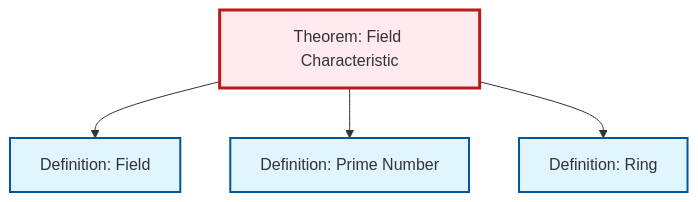
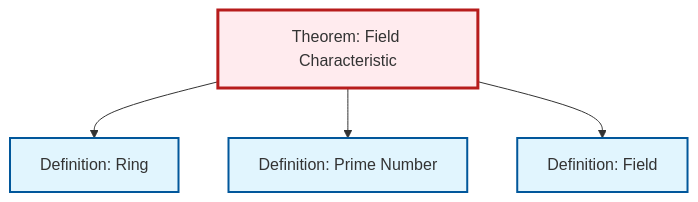
One commit to RK0429/ModernMath changed the diagram in content/ja/algebra/thm-field-characteristic.qmd. Above: the diagram before and after it, drawn with Mermaid. The commit also changed other lines of this file and 634 other files, not shown here.

First line of the commit message:
feat: Add prime ideal definition with comprehensive cross-references

````diff
--- a/content/ja/algebra/thm-field-characteristic.qmd
+++ b/content/ja/algebra/thm-field-characteristic.qmd
@@ -54,20 +54,20 @@
 ```{mermaid}
 %%| fig-cap: "Local dependency graph"
 graph TD
     classDef definition fill:#e1f5fe,stroke:#01579b,stroke-width:2px
     classDef theorem fill:#f3e5f5,stroke:#4a148c,stroke-width:2px
     classDef axiom fill:#fff3e0,stroke:#e65100,stroke-width:2px
     classDef example fill:#e8f5e9,stroke:#1b5e20,stroke-width:2px
     classDef current fill:#ffebee,stroke:#b71c1c,stroke-width:3px
+    def-ring["Definition: Ring"]:::definition
     def-field["Definition: Field"]:::definition
-    def-ring["Definition: Ring"]:::definition
+    thm-field-characteristic["Theorem: Field Characteristic"]:::theorem
     def-prime["Definition: Prime Number"]:::definition
-    thm-field-characteristic["Theorem: Field Characteristic"]:::theorem
+    thm-field-characteristic --> def-ring
+    thm-field-characteristic --> def-prime
     thm-field-characteristic --> def-field
-    thm-field-characteristic --> def-prime
-    thm-field-characteristic --> def-ring
     class thm-field-characteristic current
+    click def-ring "def-ring.html" "Definition: Ringへ"
     click def-field "def-field.html" "Definition: Fieldへ"
-    click def-ring "def-ring.html" "Definition: Ringへ"
     click def-prime "def-prime.html" "Definition: Prime Numberへ"
 ```
````
